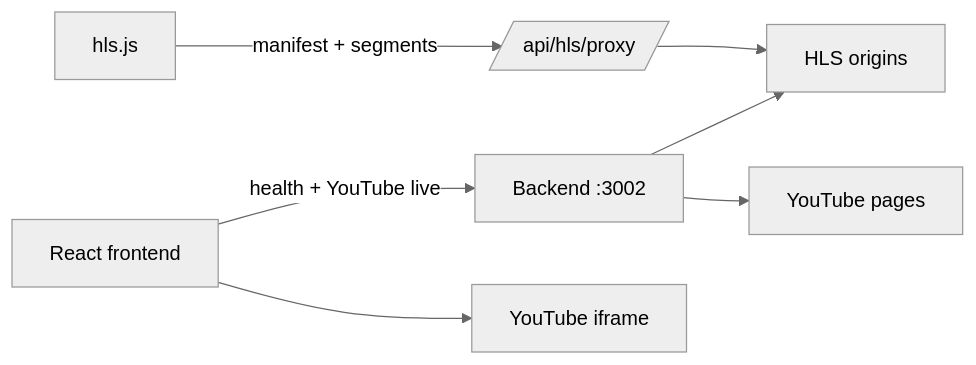
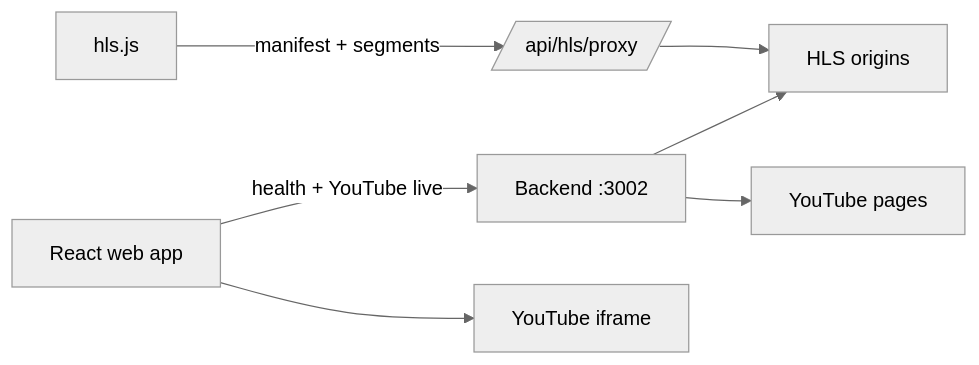
Before and after one commit to tejasvi-mehra/live-stream-aggregator-backend: the diagram in README.md, drawn with Mermaid (neutral theme). The commit also changed other lines of this file, not shown here.

````diff
--- a/README.md
+++ b/README.md
@@ -41,9 +41,9 @@
 ```mermaid
 flowchart LR
-  Browser[React frontend] -->|health + YouTube live| API[Backend :3002]
+  Browser[React web app] -->|health + YouTube live| API[Backend :3002]
   HlsJs[hls.js] -->|manifest + segments| Proxy[/api/hls/proxy/]
   Proxy --> Origin[HLS origins]
   API --> Origin
   API --> YouTube[YouTube pages]
   Browser --> YTIframe[YouTube iframe]
 ```
````
